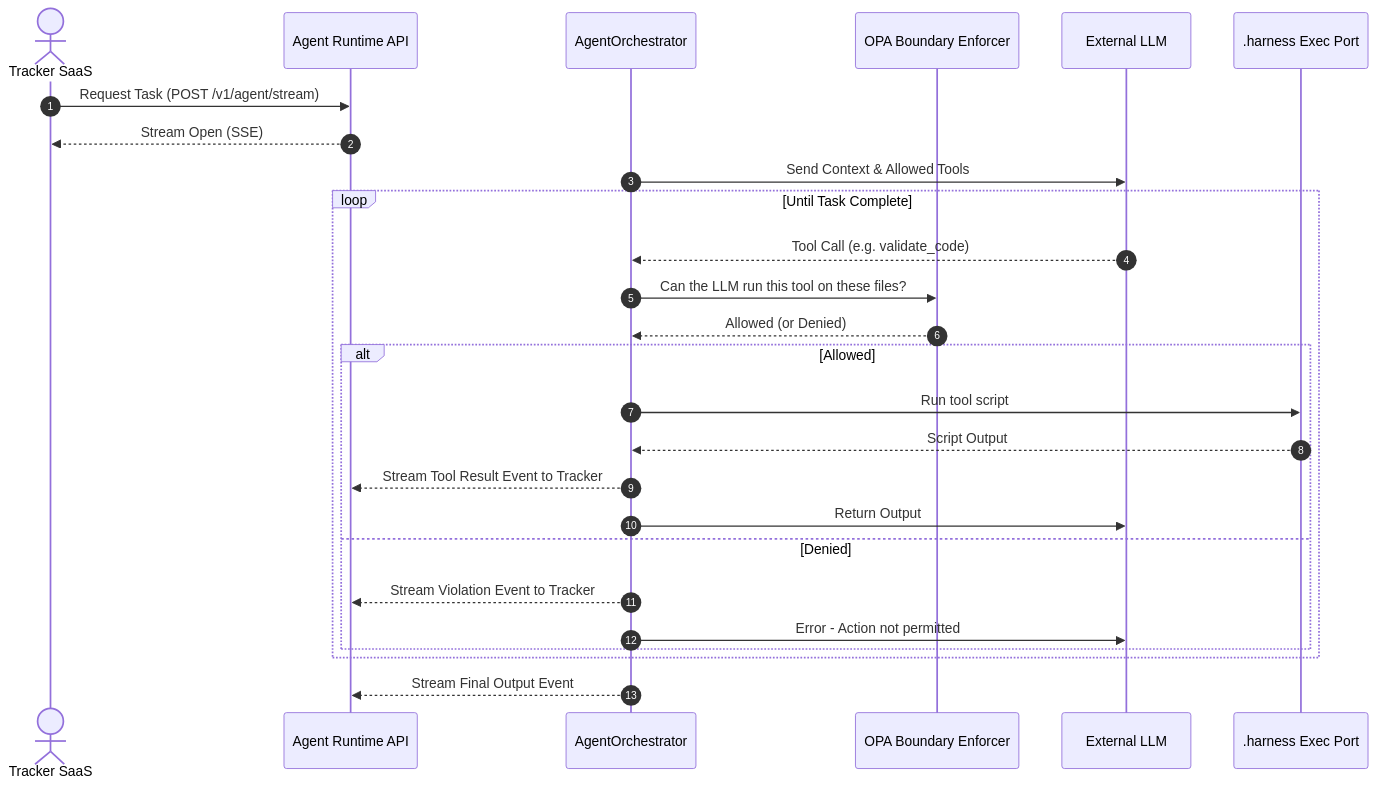
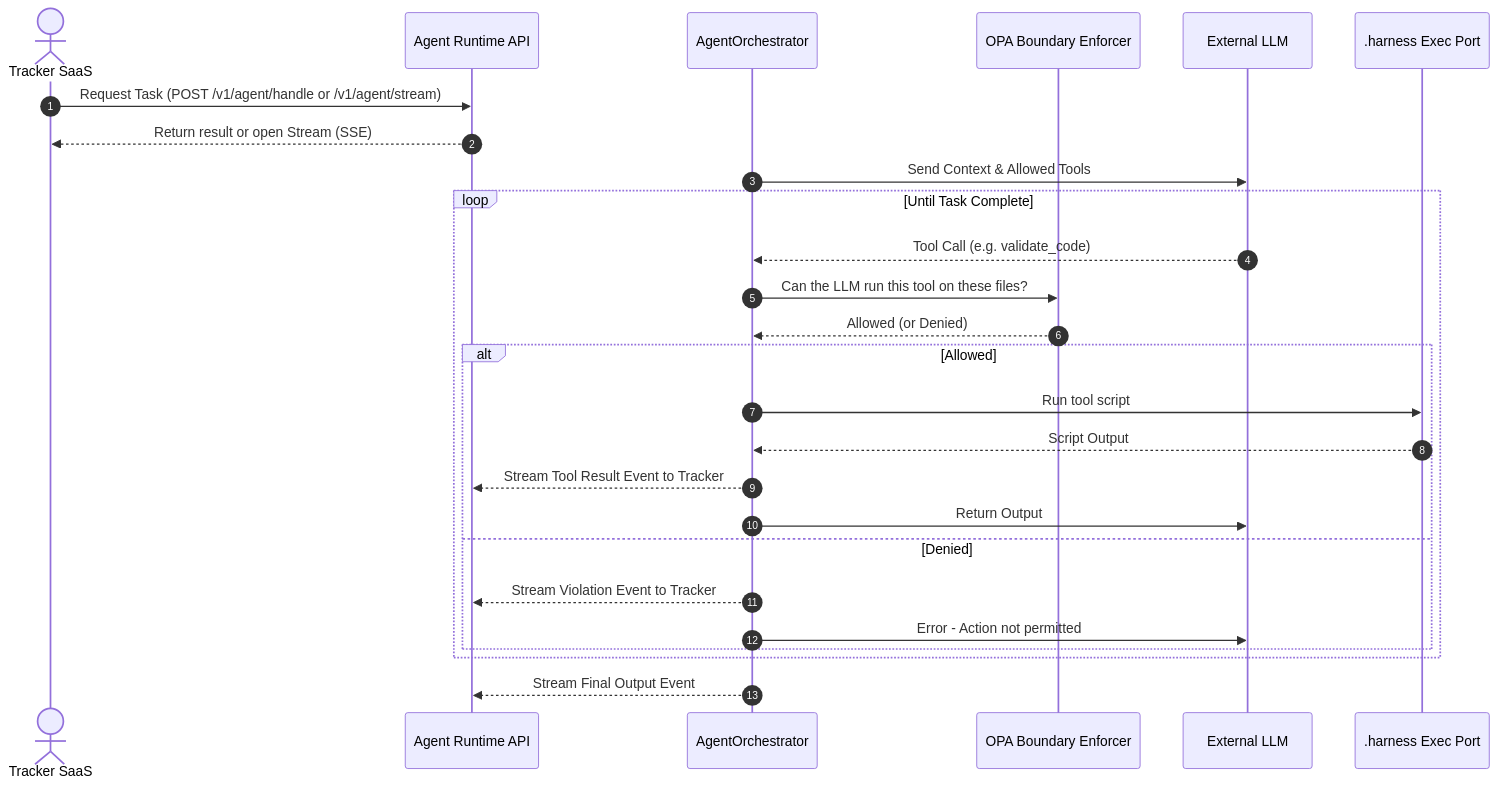
Before and after one commit to beyondnetcode/evolith_arch32: the second of 2 diagrams in reference/architecture/views/view-by-flow.md, drawn with Mermaid. The commit also changed other lines of this file and 41 other files, not shown here.

Commit message:
docs: align architecture reference with implementation

````diff
--- a/reference/architecture/views/view-by-flow.md
+++ b/reference/architecture/views/view-by-flow.md
@@ -50,33 +50,33 @@
 ```mermaid
 sequenceDiagram
     autonumber
     actor Tracker as Tracker SaaS
     participant SSE as Agent Runtime API
     participant Orch as AgentOrchestrator
     participant Boundary as OPA Boundary Enforcer
     participant LLM as External LLM
     participant Exec as .harness Exec Port
 
-    Tracker->>SSE: Request Task (POST /v1/agent/stream)
-    SSE-->>Tracker: Stream Open (SSE)
+    Tracker->>SSE: Request Task (POST /v1/agent/handle or /v1/agent/stream)
+    SSE-->>Tracker: Return result or open Stream (SSE)
     
     Orch->>LLM: Send Context & Allowed Tools
     loop Until Task Complete
         LLM-->>Orch: Tool Call (e.g. validate_code)
         
         Orch->>Boundary: Can the LLM run this tool on these files?
         Boundary-->>Orch: Allowed (or Denied)
         
         alt Allowed
             Orch->>Exec: Run tool script
             Exec-->>Orch: Script Output
             Orch-->>SSE: Stream Tool Result Event to Tracker
             Orch->>LLM: Return Output
         else Denied
             Orch-->>SSE: Stream Violation Event to Tracker
             Orch->>LLM: Error - Action not permitted
         end
     end
     
     Orch-->>SSE: Stream Final Output Event
 ```
````
